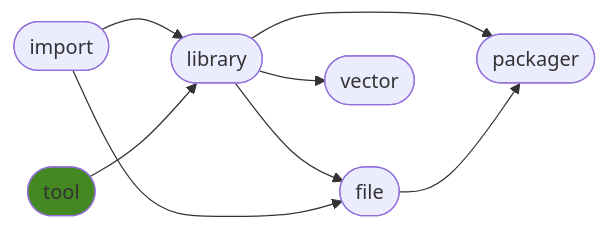
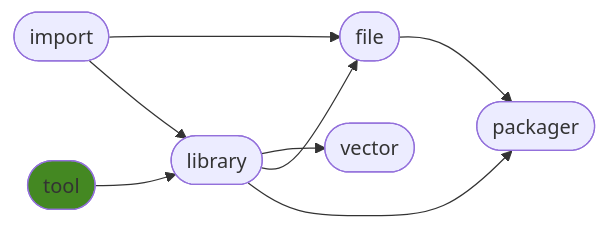
The diagram in README.md (ManderaGeneral/generaltool), drawn with Mermaid before and after one commit. The commit also changed other lines of this file, not shown here.

````diff
--- a/README.md
+++ b/README.md
@@ -23,17 +23,17 @@
 ```mermaid
 flowchart LR
+2([library]) --> 4([vector])
+0([import]) --> 3([file])
+0([import]) --> 2([library])
 2([library]) --> 3([file])
+1([tool]) --> 2([library])
 2([library]) --> 5([packager])
-0([import]) --> 2([library])
-1([tool]) --> 2([library])
-0([import]) --> 3([file])
 3([file]) --> 5([packager])
-2([library]) --> 4([vector])
 click 0 "https://github.com/ManderaGeneral/generalimport"
 click 1 "https://github.com/ManderaGeneral/generaltool"
 click 2 "https://github.com/ManderaGeneral/generallibrary"
 click 3 "https://github.com/ManderaGeneral/generalfile"
 click 4 "https://github.com/ManderaGeneral/generalvector"
 click 5 "https://github.com/ManderaGeneral/generalpackager"
 style 1 fill:#482
 ```
````
